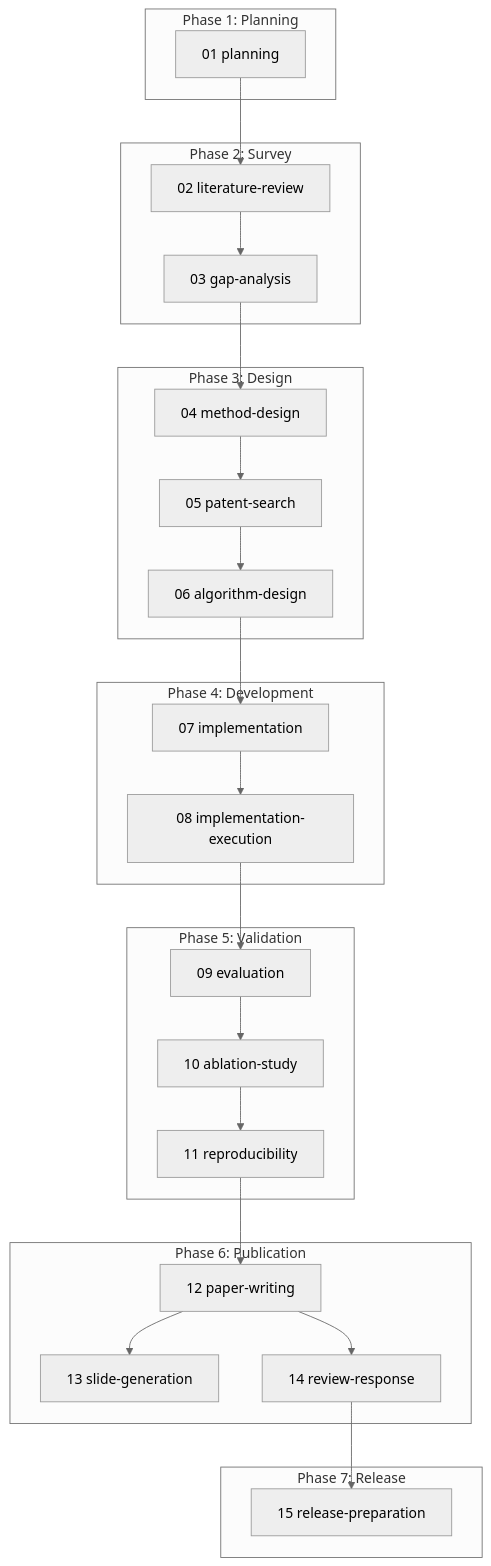
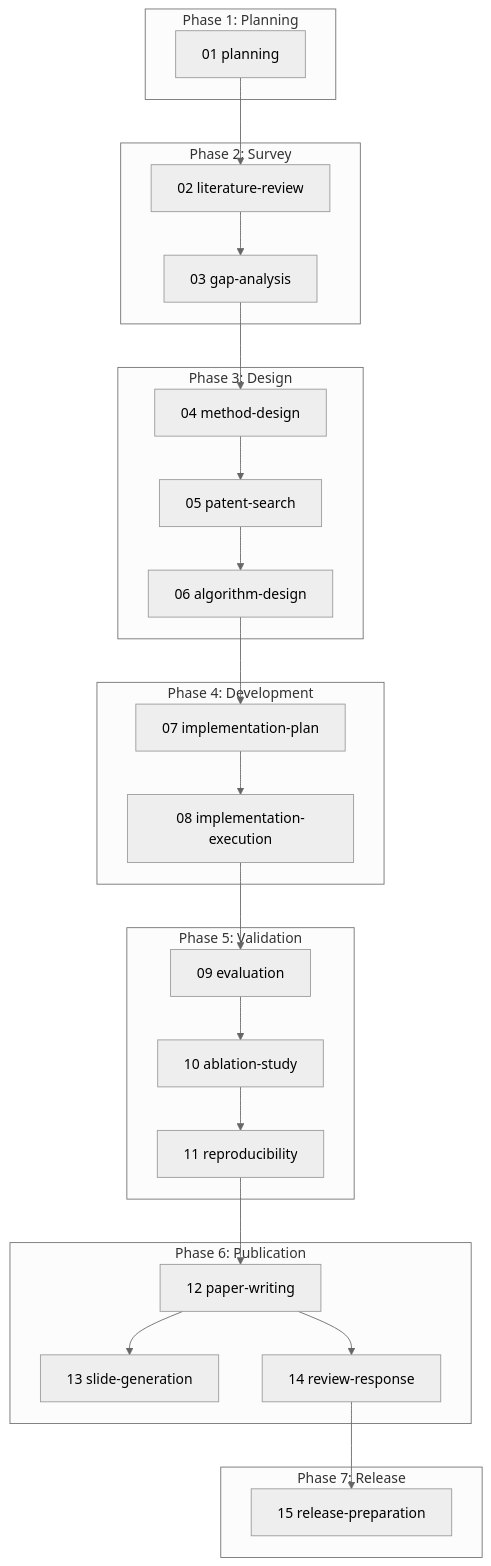
The diagram in README.md (k-sh/cc-research), drawn with Mermaid (neutral theme) before and after one commit. The commit also changed other lines of this file and 7 other files, not shown here.

First line of the commit message:
Rename research-07-implementation to research-07-implementation-plan

````diff
--- a/README.md
+++ b/README.md
@@ -83,36 +83,36 @@
 ```mermaid
 flowchart TD
     subgraph phase1["Phase 1: Planning"]
         P01["01 planning"]
     end
     subgraph phase2["Phase 2: Survey"]
         P02["02 literature-review"]
         P03["03 gap-analysis"]
     end
     subgraph phase3["Phase 3: Design"]
         P04["04 method-design"]
         P05["05 patent-search"]
         P06["06 algorithm-design"]
     end
     subgraph phase4["Phase 4: Development"]
-        P07["07 implementation"]
+        P07["07 implementation-plan"]
         P08["08 implementation-execution"]
     end
     subgraph phase5["Phase 5: Validation"]
         P09["09 evaluation"]
         P10["10 ablation-study"]
         P11["11 reproducibility"]
     end
     subgraph phase6["Phase 6: Publication"]
         P12["12 paper-writing"]
         P13["13 slide-generation"]
         P14["14 review-response"]
     end
     subgraph phase7["Phase 7: Release"]
         P15["15 release-preparation"]
     end
 
     P01 --> P02 --> P03 --> P04 --> P05 --> P06 --> P07 --> P08 --> P09 --> P10 --> P11 --> P12
     P12 --> P13
     P12 --> P14 --> P15
 ```
````
